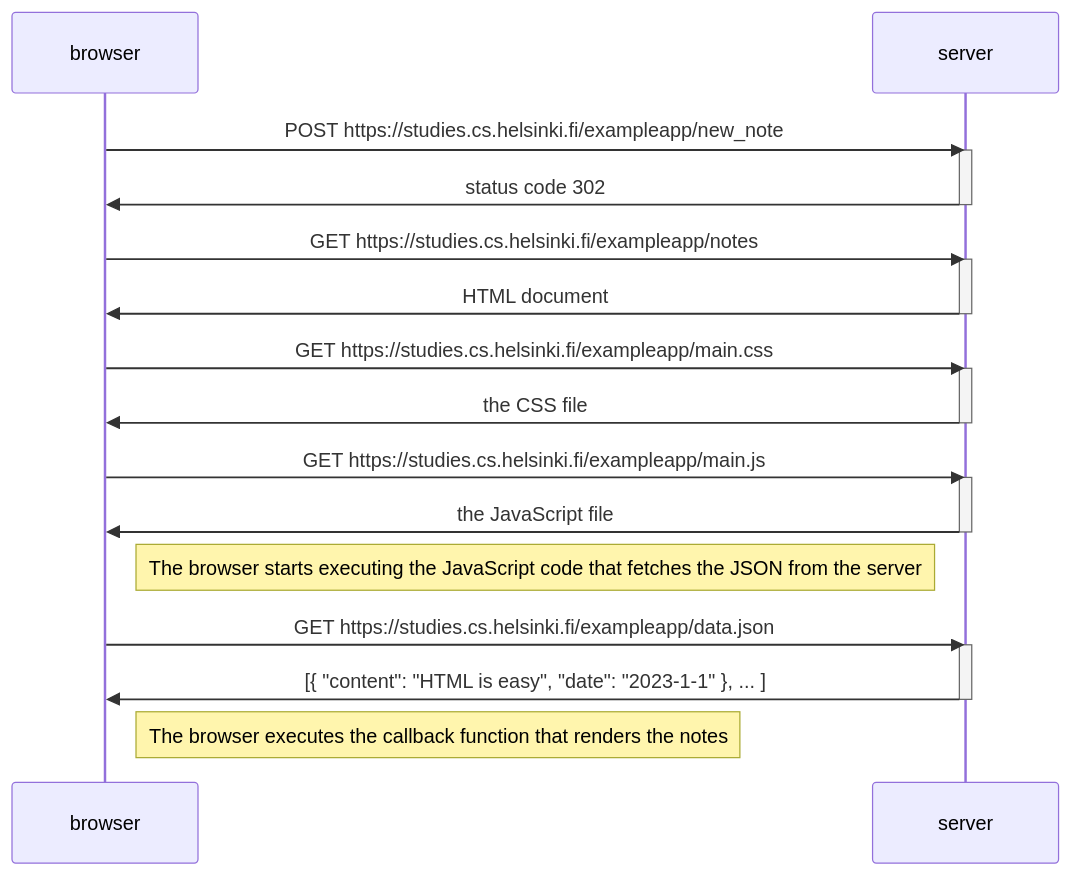
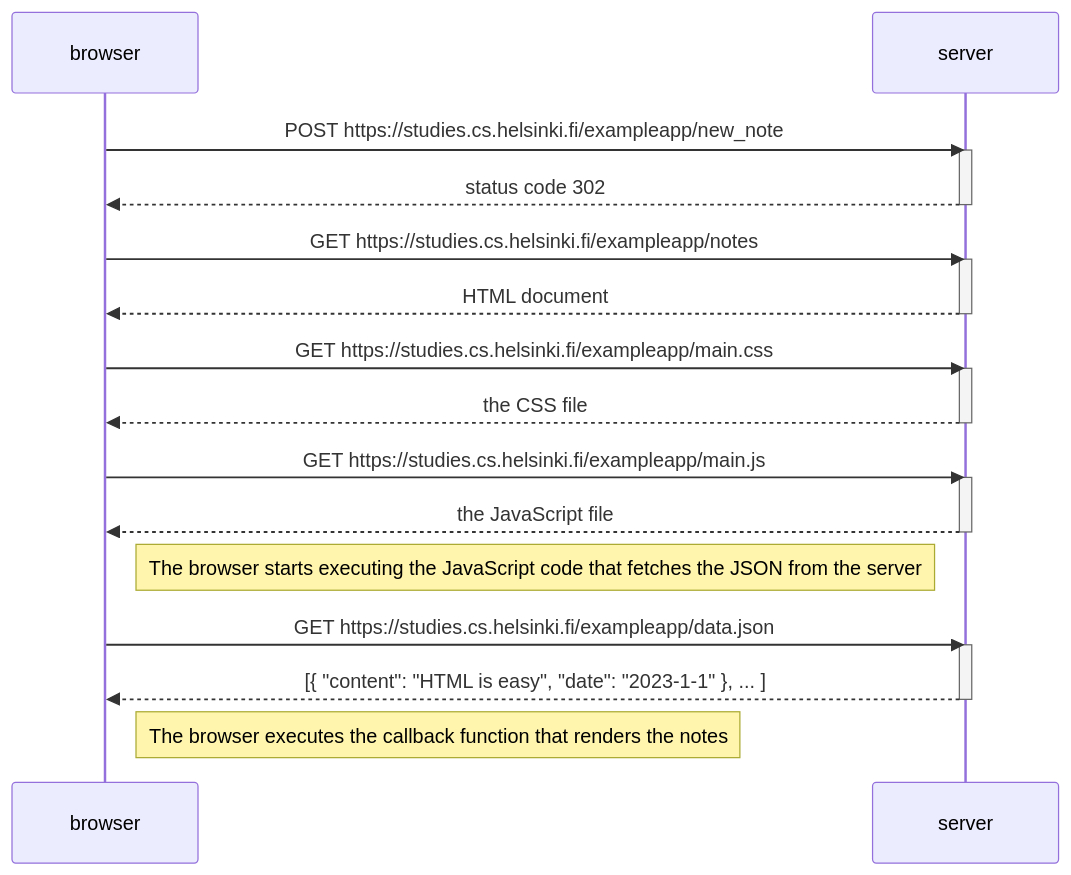
The diagram in part0/0.4 New Note Diagram.md (Jerrybaoyilei/full-stack-open), drawn with Mermaid before and after one commit.

Commit message:
Update 0.4: New Note Diagram

````diff
--- a/part0/0.4 New Note Diagram.md
+++ b/part0/0.4 New Note Diagram.md
@@ -1,34 +1,34 @@
 ```mermaid
 sequenceDiagram
     participant browser
     participant server
 
     browser->>server: POST https://studies.cs.helsinki.fi/exampleapp/new_note
     activate server
-    server->>browser: status code 302
+    server-->>browser: status code 302
     deactivate server
 
     browser->>server: GET https://studies.cs.helsinki.fi/exampleapp/notes
     activate server
-    server->>browser: HTML document
+    server-->>browser: HTML document
     deactivate server
 
     browser->>server: GET https://studies.cs.helsinki.fi/exampleapp/main.css
     activate server
-    server->>browser: the CSS file
+    server-->>browser: the CSS file
     deactivate server
 
     browser->>server: GET https://studies.cs.helsinki.fi/exampleapp/main.js
     activate server
-    server->>browser: the JavaScript file
+    server-->>browser: the JavaScript file
     deactivate server
 
     Note right of browser: The browser starts executing the JavaScript code that fetches the JSON from the server
 
     browser->>server: GET https://studies.cs.helsinki.fi/exampleapp/data.json
     activate server
-    server->>browser: [{ "content": "HTML is easy", "date": "2023-1-1" }, ... ]
+    server-->>browser: [{ "content": "HTML is easy", "date": "2023-1-1" }, ... ]
     deactivate server
 
     Note right of browser: The browser executes the callback function that renders the notes
 ```
````
